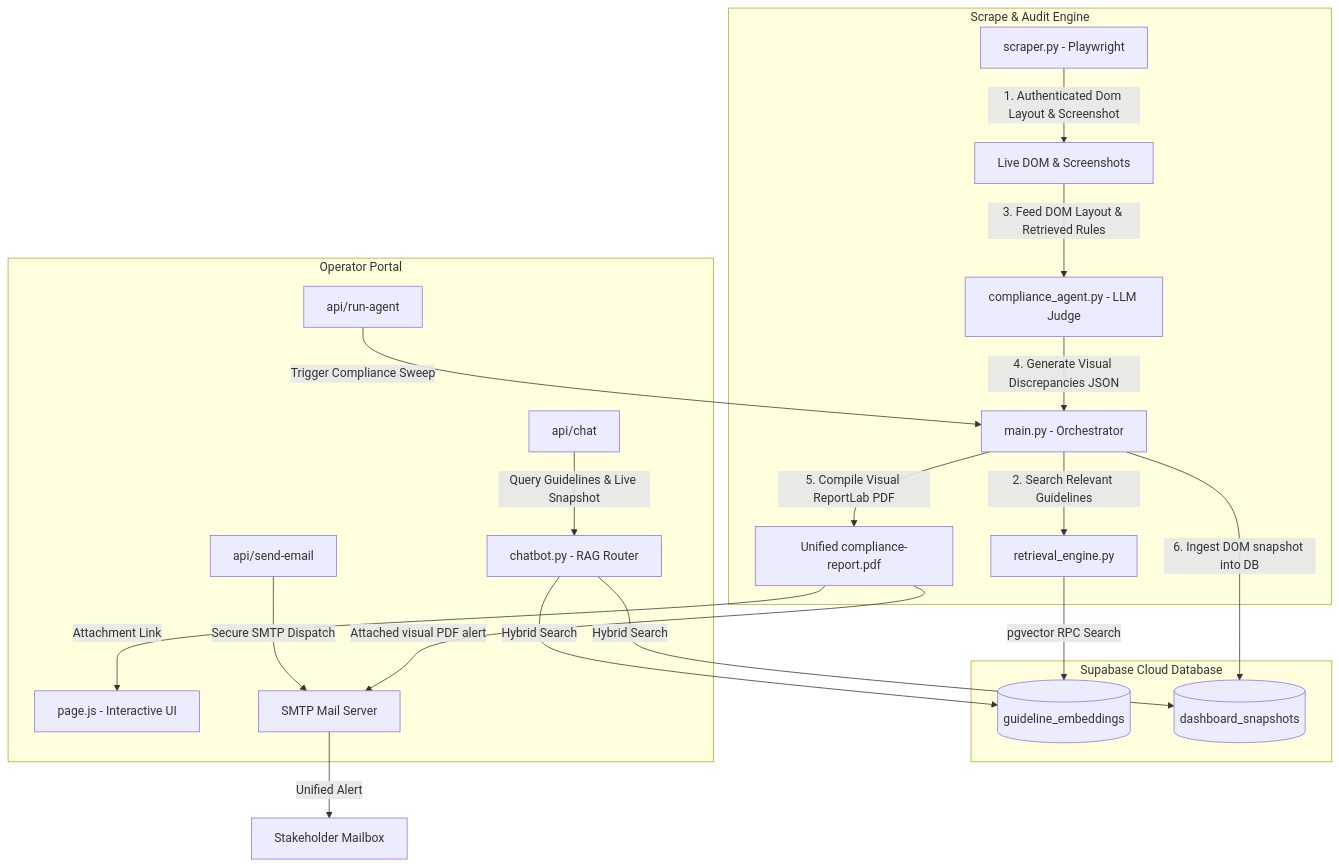
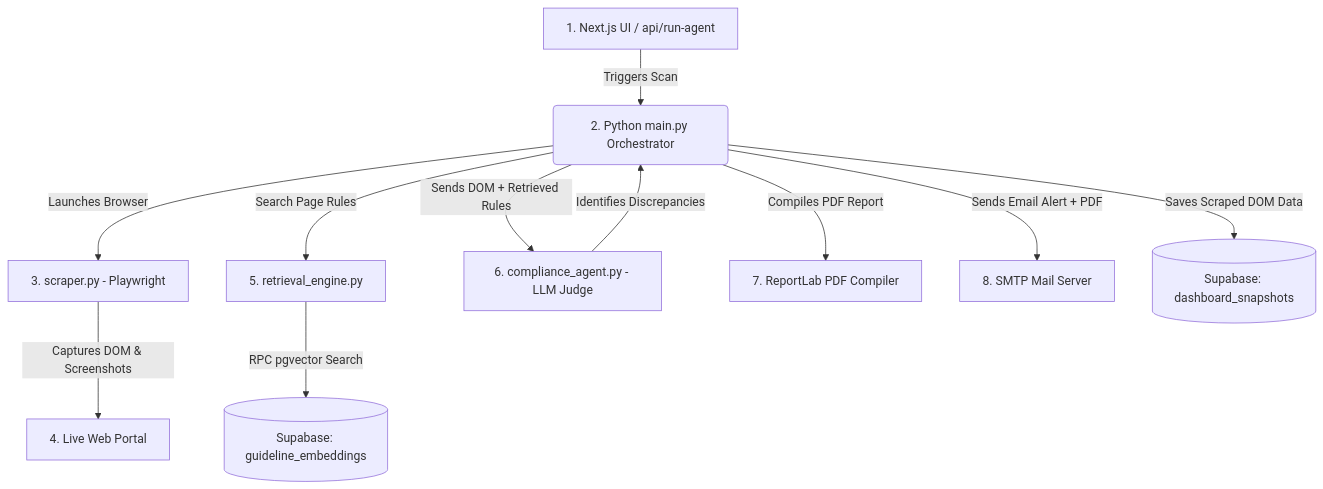
Before and after one commit to karnamvenkatachaitanya/Novulis: the first of 4 diagrams in README.md, drawn with Mermaid. The commit also changed other lines of this file, not shown here.

Commit message:
docs: simplify architecture diagrams and sequence flows for scan vs chat workflows in README.md

````diff
--- a/README.md
+++ b/README.md
@@ -11,30 +18,13 @@
 ```mermaid
-flowchart TB
-    subgraph Storage Layer [Supabase Cloud Database]
-        db_guide[(guideline_embeddings)]
-        db_snap[(dashboard_snapshots)]
-    end
-
-    subgraph Python Compliance Agent [Scrape & Audit Engine]
-        sc[scraper.py - Playwright] -->|1. Authenticated Dom Layout & Screenshot| dom[Live DOM & Screenshots]
-        main[main.py - Orchestrator] -->|2. Search Relevant Guidelines| ret[retrieval_engine.py]
-        ret -->|pgvector RPC Search| db_guide
-        dom -->|3. Feed DOM Layout & Retrieved Rules| judge[compliance_agent.py - LLM Judge]
-        judge -->|4. Generate Visual Discrepancies JSON| main
-        main -->|5. Compile Visual ReportLab PDF| pdf[Unified compliance-report.pdf]
-        main -->|6. Ingest DOM snapshot into DB| db_snap
-    end
-
-    subgraph Next.js Monitoring Dashboard [Operator Portal]
-        ui[page.js - Interactive UI]
-        api_run[api/run-agent] -->|Trigger Compliance Sweep| main
-        api_chat[api/chat] -->|Query Guidelines & Live Snapshot| bot[chatbot.py - RAG Router]
-        bot -->|Hybrid Search| db_guide
-        bot -->|Hybrid Search| db_snap
-        api_mail[api/send-email] -->|Secure SMTP Dispatch| smtp[SMTP Mail Server]
-    end
-
-    pdf -->|Attachment Link| ui
-    pdf -->|Attached visual PDF alert| smtp
-    smtp -->|Unified Alert| user[Stakeholder Mailbox]
+flowchart TD
+    A[1. Next.js UI / api/run-agent] -->|Triggers Scan| B(2. Python main.py Orchestrator)
+    B -->|Launches Browser| C[3. scraper.py - Playwright]
+    C -->|Captures DOM & Screenshots| D[4. Live Web Portal]
+    B -->|Search Page Rules| E[5. retrieval_engine.py]
+    E -->|RPC pgvector Search| F[(Supabase: guideline_embeddings)]
+    B -->|Sends DOM + Retrieved Rules| G[6. compliance_agent.py - LLM Judge]
+    G -->|Identifies Discrepancies| B
+    B -->|Compiles PDF Report| H[7. ReportLab PDF Compiler]
+    B -->|Sends Email Alert + PDF| I[8. SMTP Mail Server]
+    B -->|Saves Scraped DOM Data| J[(Supabase: dashboard_snapshots)]
 ```
````
